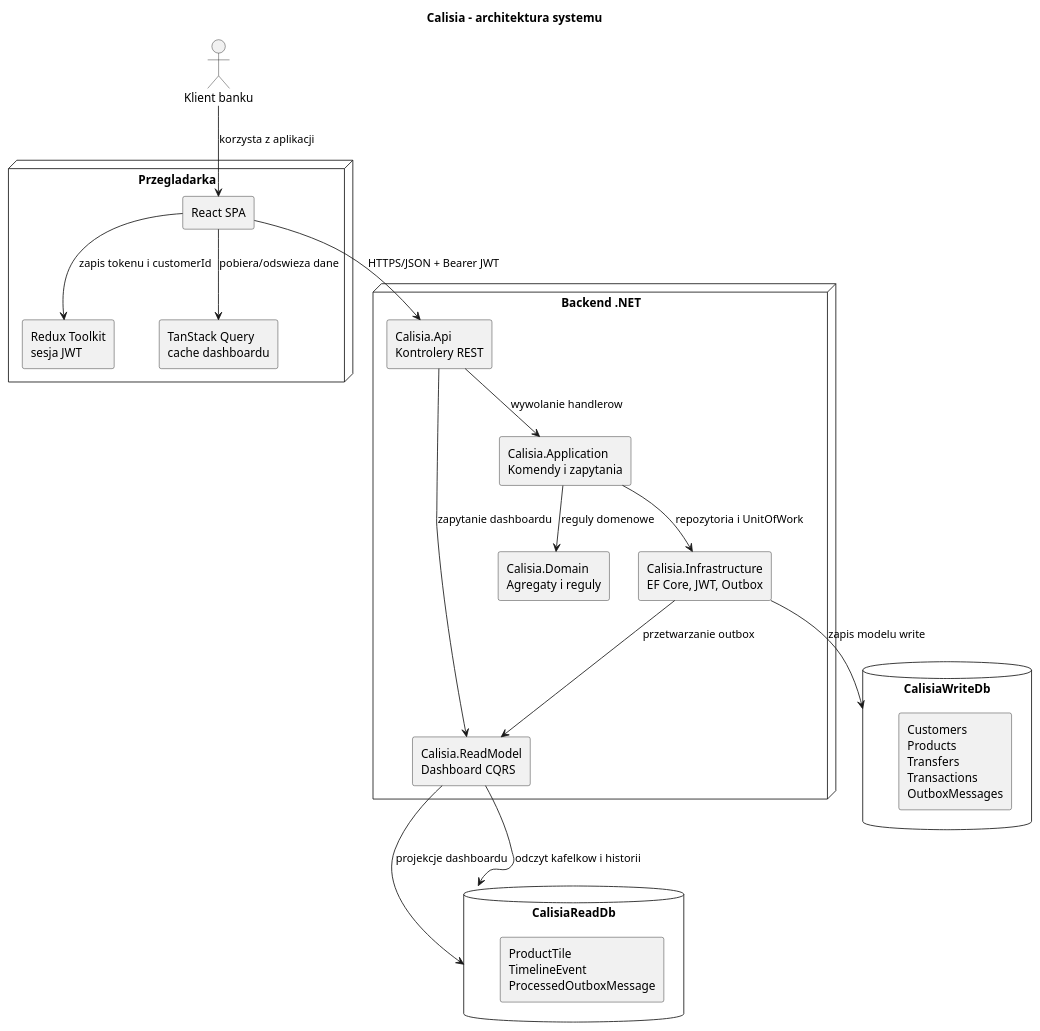
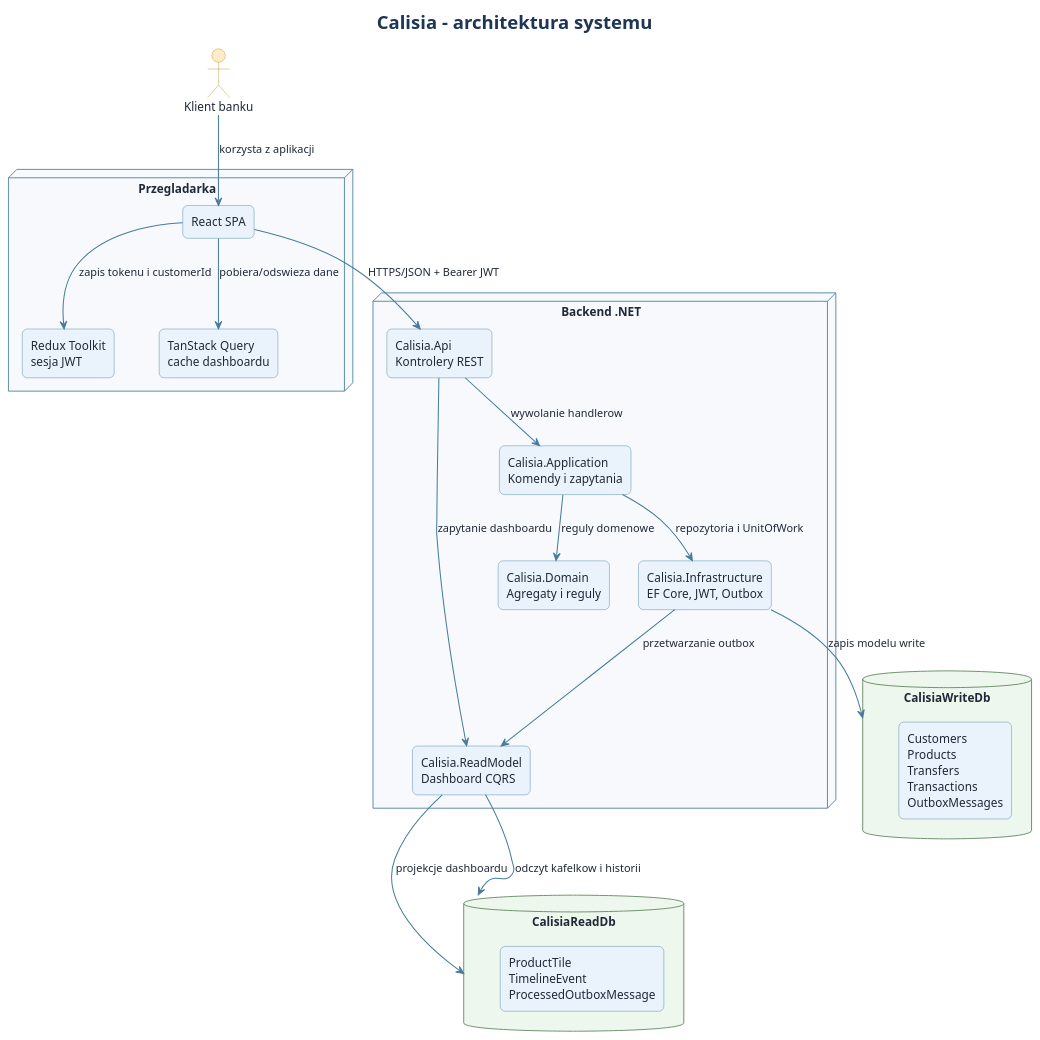
The diagram in docs/uml/01_architektura_systemu.puml (jwolczko/Application-team-project), drawn with PlantUML before and after one commit. The commit also changed 23 other files, not shown here.

```diff
--- a/docs/uml/01_architektura_systemu.puml
+++ b/docs/uml/01_architektura_systemu.puml
@@ -1,43 +1,67 @@
 @startuml
 title Calisia - architektura systemu
 skinparam componentStyle rectangle
 skinparam shadowing false
 skinparam packageStyle rectangle
+skinparam backgroundColor #FFFFFF
+skinparam defaultFontName Arial
+skinparam defaultFontColor #1F2937
+skinparam ArrowColor #457B9D
+skinparam ArrowThickness 1.2
+skinparam RoundCorner 12
+skinparam titleFontColor #1D3557
+skinparam titleFontSize 22
+skinparam actor {
+  BackgroundColor #FDECC8
+  BorderColor #C48A2C
+}
+skinparam node {
+  BackgroundColor #F7F9FC
+  BorderColor #457B9D
+}
+skinparam component {
+  BackgroundColor #EAF3FB
+  BorderColor #457B9D
+}
+skinparam database {
+  BackgroundColor #EEF7ED
+  BorderColor #588157
+}
 
 actor "Klient banku" as Client
 
 node "Przegladarka" {
   component "React SPA" as SPA
   component "Redux Toolkit\nsesja JWT" as Redux
   component "TanStack Query\ncache dashboardu" as Query
 }
 
 node "Backend .NET" {
   component "Calisia.Api\nKontrolery REST" as Api
   component "Calisia.Application\nKomendy i zapytania" as App
   component "Calisia.Domain\nAgregaty i reguly" as Domain
   component "Calisia.Infrastructure\nEF Core, JWT, Outbox" as Infra
   component "Calisia.ReadModel\nDashboard CQRS" as ReadModel
 }
 
 database "CalisiaWriteDb" as WriteDb {
   component "Customers\nProducts\nTransfers\nTransactions\nOutboxMessages" as WriteTables
 }
 
 database "CalisiaReadDb" as ReadDb {
   component "ProductTile\nTimelineEvent\nProcessedOutboxMessage" as ReadTables
 }
 
 Client --> SPA : korzysta z aplikacji
 SPA --> Redux : zapis tokenu i customerId
 SPA --> Query : pobiera/odswieza dane
 SPA --> Api : HTTPS/JSON + Bearer JWT
 Api --> App : wywolanie handlerow
 App --> Domain : reguly domenowe
 App --> Infra : repozytoria i UnitOfWork
 Infra --> WriteDb : zapis modelu write
 Infra --> ReadModel : przetwarzanie outbox
 ReadModel --> ReadDb : projekcje dashboardu
 Api --> ReadModel : zapytanie dashboardu
 ReadModel --> ReadDb : odczyt kafelkow i historii
 @enduml
```
